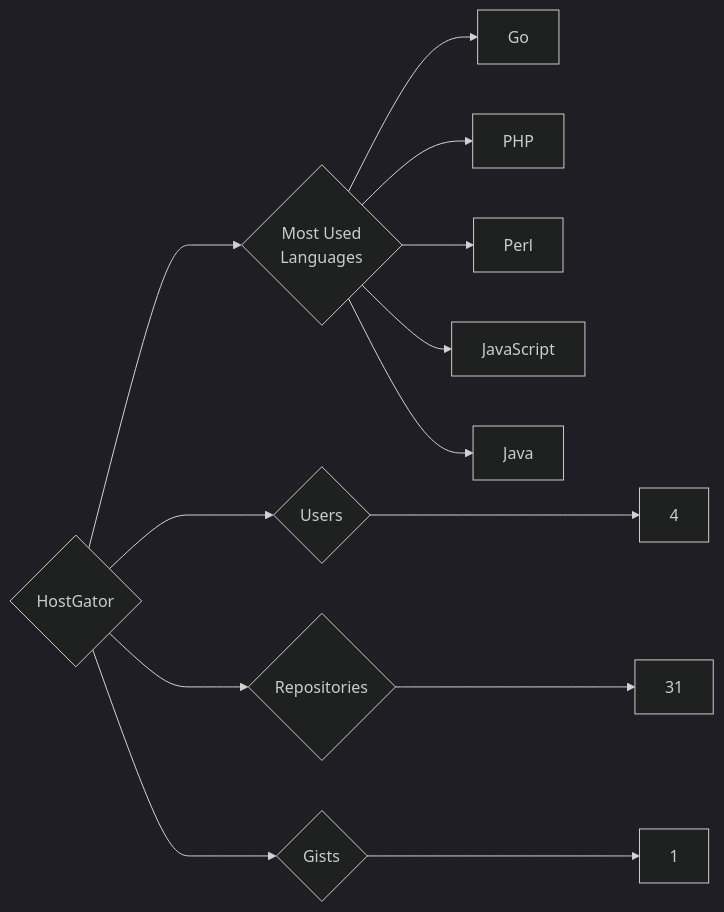
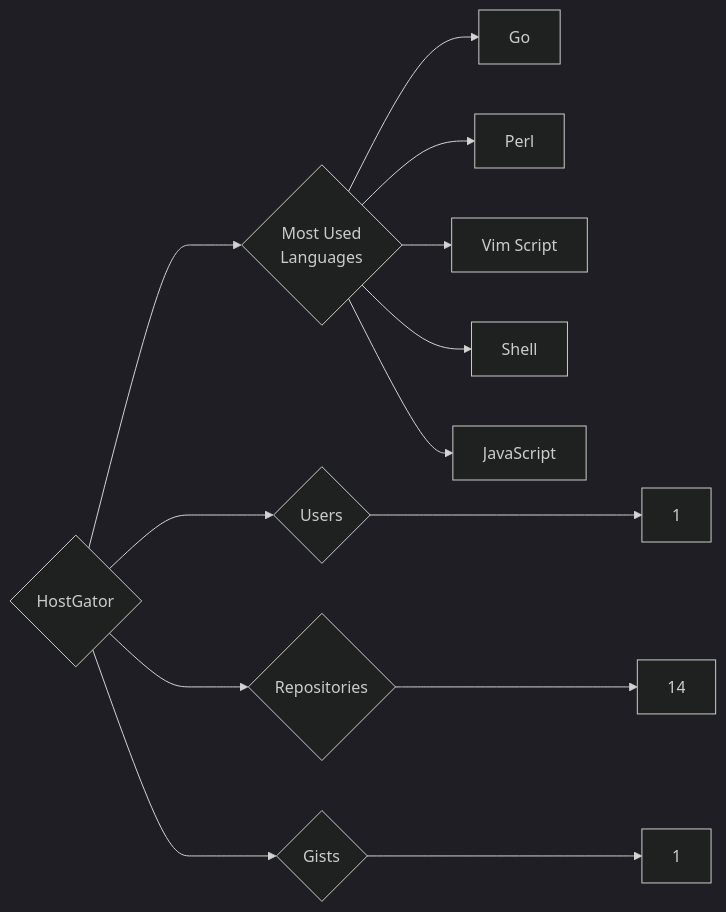
The diagram in targets/HostGator/README.md (trickest/insiders), drawn with Mermaid (dark theme) before and after one commit. The commit also changed 594 other files, not shown here.

````diff
--- a/targets/HostGator/README.md
+++ b/targets/HostGator/README.md
@@ -3,13 +3,13 @@
 ```mermaid
 graph LR
 COMPANY_NAME{HostGator}
-COMPANY_NAME ---> U{Users} ---> UN[4]
-COMPANY_NAME ---> R{Repositories} ---> RN[31]
+COMPANY_NAME ---> U{Users} ---> UN[1]
+COMPANY_NAME ---> R{Repositories} ---> RN[14]
 COMPANY_NAME ---> G{Gists} ---> GN[1]
 COMPANY_NAME ---> ML{Most Used<br>Languages}
 ML --> Go[Go]
-ML --> PHP[PHP]
 ML --> Perl[Perl]
+ML --> Vim_Script[Vim Script]
+ML --> Shell[Shell]
 ML --> JavaScript[JavaScript]
-ML --> Java[Java]
 ```
````
